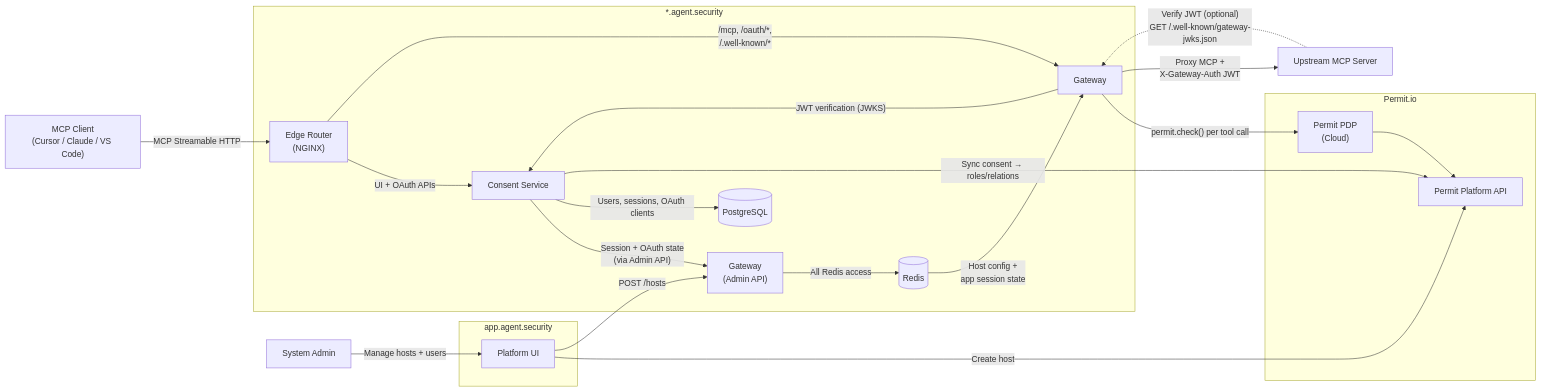
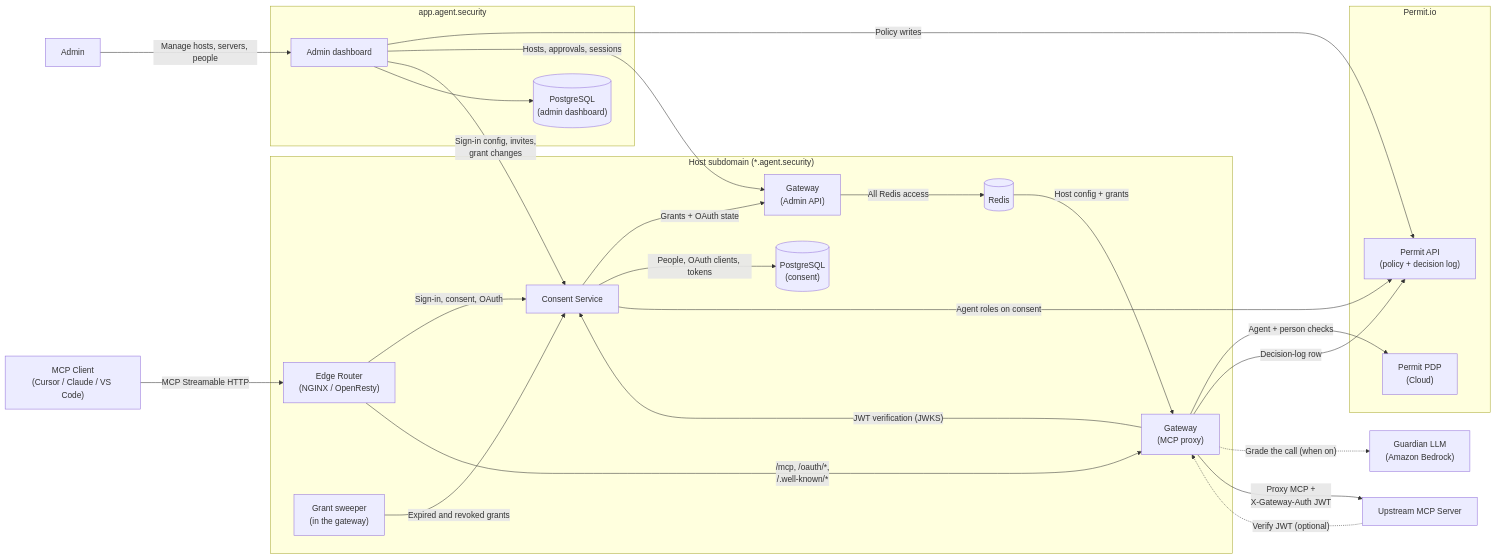
Before and after one commit to permitio/docs: the second of 8 diagrams in docs/permit-mcp-gateway/architecture.mdx, drawn with Mermaid. The commit also changed other lines of this file and 126 other files, not shown here.

First line of the commit message:
PER-19035: docs(mcp-gateway): refresh the Permit MCP Gateway docs and screenshots against production

````diff
--- a/docs/permit-mcp-gateway/architecture.mdx
+++ b/docs/permit-mcp-gateway/architecture.mdx
@@ -94,46 +98,53 @@
 ```mermaid
 flowchart LR
   Client["MCP Client<br/>(Cursor / Claude / VS Code)"]
-  Admin["System Admin"]
+  Admin["Admin"]
 
-  subgraph Tenant["*.agent.security"]
-    Edge["Edge Router<br/>(NGINX)"]
-    GW["Gateway"]
+  subgraph Tenant["Host subdomain (*.agent.security)"]
+    Edge["Edge Router<br/>(NGINX / OpenResty)"]
+    GW["Gateway<br/>(MCP proxy)"]
     GWAdmin["Gateway<br/>(Admin API)"]
+    Sweep["Grant sweeper<br/>(in the gateway)"]
     CS["Consent Service"]
-    PG[(PostgreSQL)]
-    REDIS[(Redis)]
+    PGCS[("PostgreSQL<br/>(consent)")]
+    REDIS[("Redis")]
+  end
+
+  subgraph Platform["app.agent.security"]
+    PlatformUI["Admin dashboard"]
+    PGPL[("PostgreSQL<br/>(admin dashboard)")]
   end
 
   subgraph Permit["Permit.io"]
     PermitPDP["Permit PDP<br/>(Cloud)"]
-    PermitAPI["Permit Platform API"]
-    PermitPDP --> PermitAPI
+    PermitAPI["Permit API<br/>(policy + decision log)"]
   end
 
-  subgraph Platform["app.agent.security"]
-    PlatformUI["Platform UI"]
-  end
+  Guardian["Guardian LLM<br/>(Amazon Bedrock)"]
+  Upstream["Upstream MCP Server"]
 
-  Admin -->|"Manage hosts + users"| PlatformUI
-  PlatformUI -->|"Create host"| PermitAPI
-  PlatformUI -->|"POST /hosts"| GWAdmin
+  Admin -->|"Manage hosts, servers, people"| PlatformUI
+  PlatformUI -->|"Policy writes"| PermitAPI
+  PlatformUI -->|"Hosts, approvals, sessions"| GWAdmin
+  PlatformUI -->|"Sign-in config, invites,<br/>grant changes"| CS
+  PlatformUI --> PGPL
 
   Client -- "MCP Streamable HTTP" --> Edge
-  Edge -- "UI + OAuth APIs" --> CS
+  Edge -- "Sign-in, consent, OAuth" --> CS
   Edge -- "/mcp, /oauth/*,<br/>/.well-known/*" --> GW
 
+  CS -->|"Grants + OAuth state"| GWAdmin
   GWAdmin -->|"All Redis access"| REDIS
-  CS -->|"Session + OAuth state<br/>(via Admin API)"| GWAdmin
-  REDIS -->|"Host config +<br/>app session state"| GW
+  REDIS -->|"Host config + grants"| GW
+  Sweep -->|"Expired and revoked grants"| CS
 
-  CS -- "Users, sessions, OAuth clients" --> PG
+  CS -- "People, OAuth clients, tokens" --> PGCS
   GW -- "JWT verification (JWKS)" --> CS
-  GW -- "permit.check() per tool call" --> PermitPDP
-  CS -->|"Sync consent → roles/relations"| PermitAPI
+  GW -- "Agent + person checks" --> PermitPDP
+  GW -- "Decision-log row" --> PermitAPI
+  GW -.->|"Grade the call (when on)"| Guardian
+  CS -->|"Agent roles on consent"| PermitAPI
 
   GW -- "Proxy MCP +<br/>X-Gateway-Auth JWT" --> Upstream
-  Upstream -.->|"Verify JWT (optional)<br/>GET /.well-known/gateway-jwks.json"| GW
-
-  Upstream["Upstream MCP Server"]
+  Upstream -.->|"Verify JWT (optional)"| GW
 ```
````
